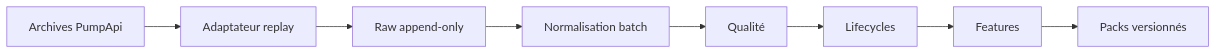
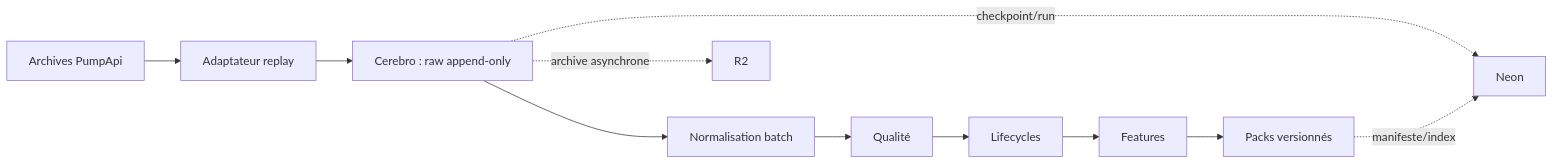
One commit to ltixier2/atlaspump changed the second of 3 diagrams in docs/rfc/RFC-002-architecture-globale.md. Above: the diagram before and after it, drawn with Mermaid. The commit also changed other lines of this file and 10 other files, not shown here.

Commit message:
docs: align RFCs with Cerebro, Neon, R2 and split collectors

````diff
--- a/docs/rfc/RFC-002-architecture-globale.md
+++ b/docs/rfc/RFC-002-architecture-globale.md
@@ -91,10 +98,13 @@
 ```mermaid
 flowchart LR
   A[Archives PumpApi] --> B[Adaptateur replay]
-  B --> C[Raw append-only]
+  B --> C[Cerebro : raw append-only]
   C --> D[Normalisation batch]
   D --> E[Qualité]
   E --> F[Lifecycles]
   F --> G[Features]
   G --> H[Packs versionnés]
+  C -. checkpoint/run .-> N[Neon]
+  H -. manifeste/index .-> N
+  C -. archive asynchrone .-> R2[R2]
 ```
````
